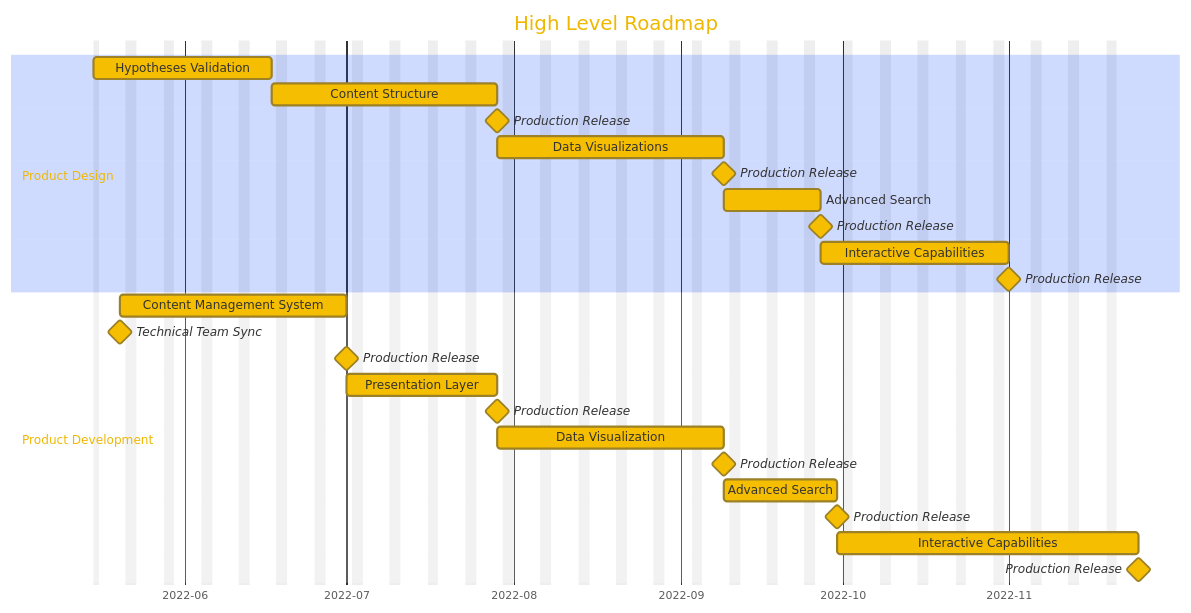
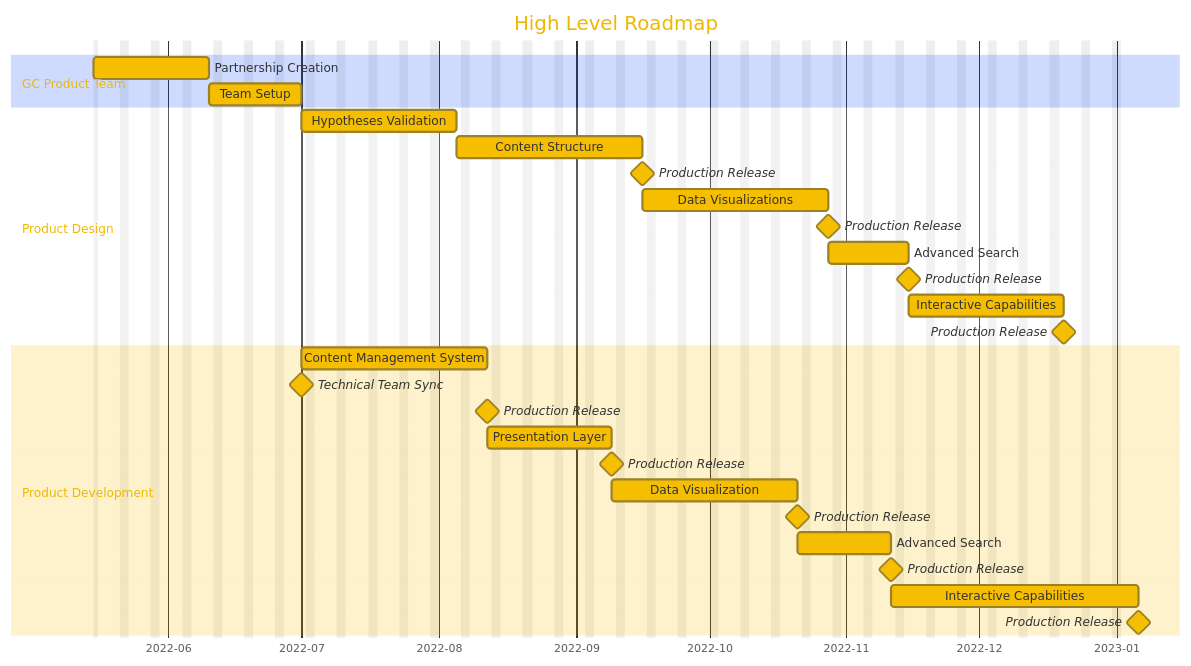
The first of 2 diagrams in base-product-roadmap.md (cds-snc/consultation-references), drawn with Mermaid before and after one commit. The commit also changed other lines of this file, not shown here.

Commit message:
Add section on partnership

````diff
--- a/base-product-roadmap.md
+++ b/base-product-roadmap.md
@@ -18,44 +21,49 @@
 ```mermaid
 %%{init: {"theme": "base", "themeVariables": { "primaryColor": "#F6BE00" }, "themeCSS": ".taskText { font-size:13px; font-weight: bold} .taskTextOutsideRight { font-size:13px; fill: #F6BE00; text-shadow: 1px 1px 1px black; font-weight: bold;} .taskTextOutsideLeft { font-size:13px; fill: #F6BE00; text-shadow: 0.5px 0.5px 0.5px black; font-weight: bold;} .section {opacity:0.05} "}}%%
 gantt
     title High Level Roadmap
     dateFormat  YYYY-MM-DD
     axisFormat  %Y-%m
     excludes    weekends
 
+    section GC Product Team
+
+    Partnership Creation : team1, 2022-05-15, 20d
+    Team Setup : team2, after team1, 15d
+
     section Product Design
 
-    Hypotheses Validation               : des1, 2022-05-15, 25d
+    Hypotheses Validation               : des1, after team2, 25d
 
     Content Structure                   : des2, after des1,  30d
     Production Release                  :milestone, mil1, after des2, 0d
     
     Data Visualizations             : des3, after mil1, 30d
     Production Release              :milestone, mil2, after des3, 0d
     
     Advanced Search                 : des4, after des3, 12d
     Production Release              :milestone, 0d
 
     Interactive Capabilities            : des5, after des4, 25d
     Production Release                  :milestone, 0d
 
 
     section Product Development
 
-    Content Management System : dev1, 2022-05-20, 30d
-    Technical Team Sync: milestone, 2022-05-20, 0d
+    Content Management System : dev1, after team2, 30d
+    Technical Team Sync: milestone, after team2, 0d
     Production Release: milestone, after dev1, 0d
     
     Presentation Layer              : dev2, after dev1, 20d
     Production Release              :milestone, 0d
 
     Data Visualization              : dev3, after dev2, 30d
     Production Release              :milestone, 0d
 
     Advanced Search                 : dev4, after dev3, 15d
     Production Release              : milestone, 0d
 
     Interactive Capabilities        : dev5, after dev4, 40d
     Production Release              : milestone, 0d
     
 ```
````
